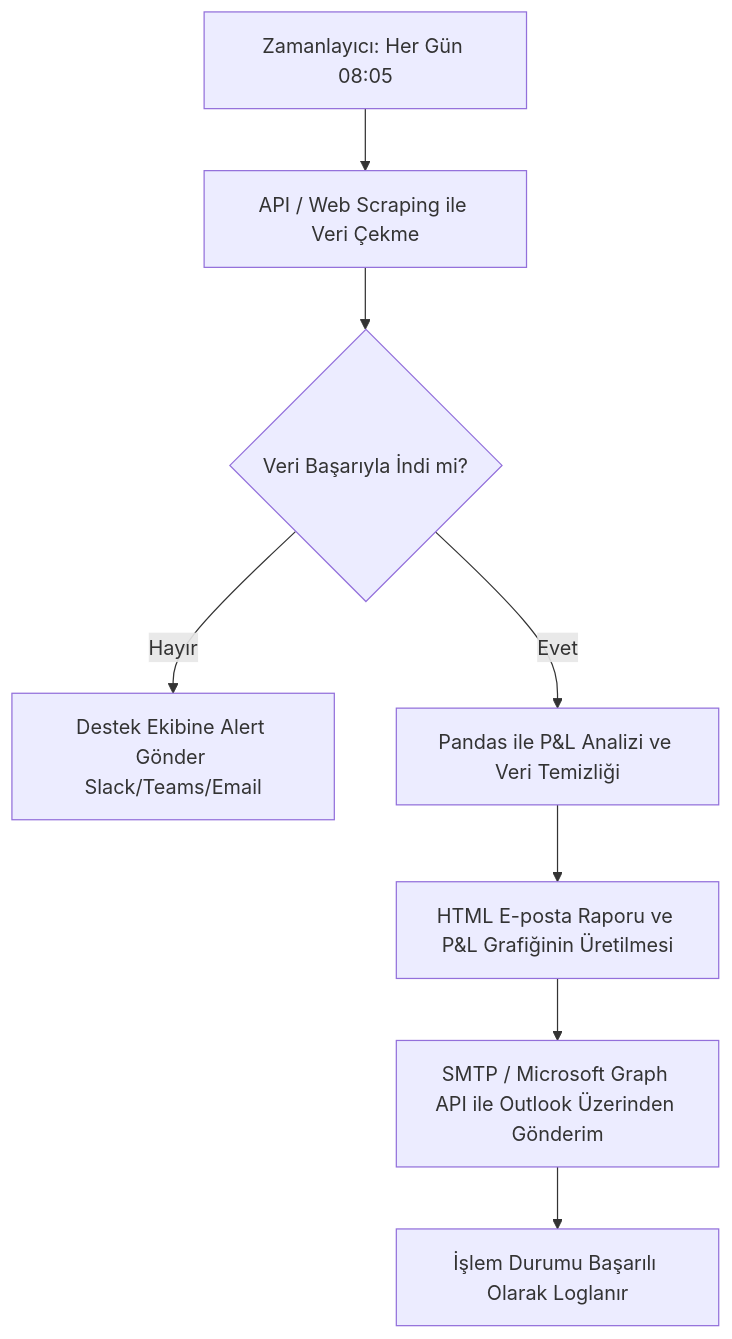
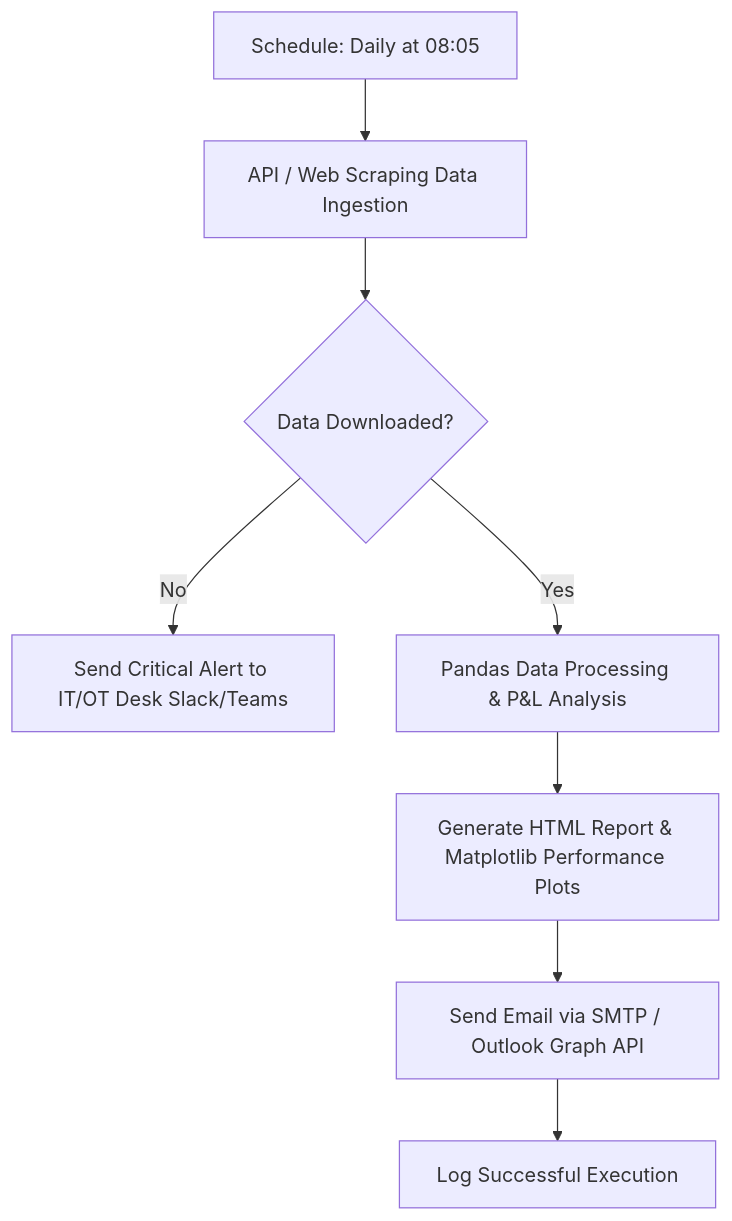
Before and after one commit to abdcaliskan/eon: the diagram in bess_integration_case_study.md, drawn with Mermaid. The commit also changed other lines of this file and 11 other files, not shown here.

````diff
--- a/bess_integration_case_study.md
+++ b/bess_integration_case_study.md
@@ -135,10 +135,10 @@
 ```mermaid
 graph TD
-    A[Zamanlayıcı: Her Gün 08:05] --> B[API / Web Scraping ile Veri Çekme]
-    B --> C{Veri Başarıyla İndi mi?}
-    C -- Hayır --> D[Destek Ekibine Alert Gönder Slack/Teams/Email]
-    C -- Evet --> E[Pandas ile P&L Analizi ve Veri Temizliği]
-    E --> F[HTML E-posta Raporu ve P&L Grafiğinin Üretilmesi]
-    F --> G[SMTP / Microsoft Graph API ile Outlook Üzerinden Gönderim]
-    G --> H[İşlem Durumu Başarılı Olarak Loglanır]
+    A[Schedule: Daily at 08:05] --> B[API / Web Scraping Data Ingestion]
+    B --> C{Data Downloaded?}
+    C -- No --> D[Send Critical Alert to IT/OT Desk Slack/Teams]
+    C -- Yes --> E[Pandas Data Processing & P&L Analysis]
+    E --> F[Generate HTML Report & Matplotlib Performance Plots]
+    F --> G[Send Email via SMTP / Outlook Graph API]
+    G --> H[Log Successful Execution]
 ```
````
